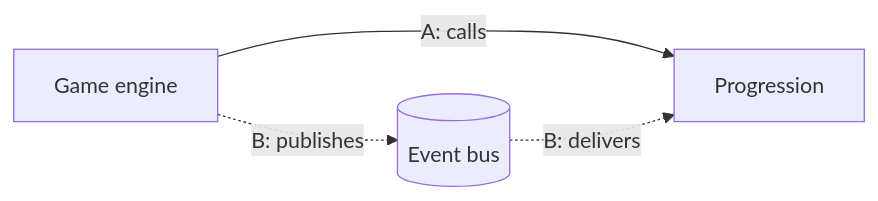
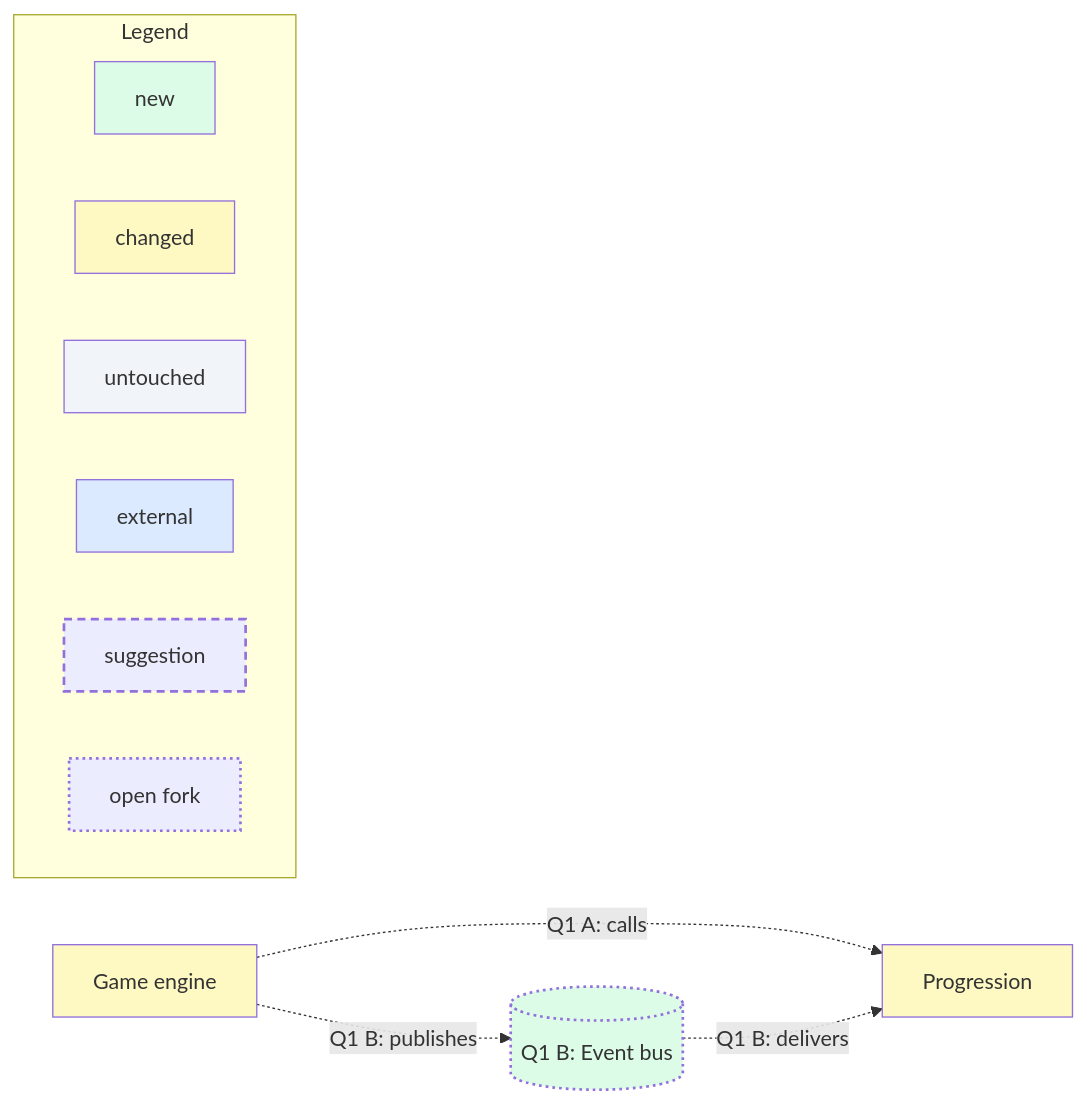
One commit to Silthus/agent-skills changed the diagram in skills/orchestration/architecture/SKILL.md. Above: the diagram before and after it, drawn with Mermaid. The commit also changed other lines of this file and 1 other file, not shown here.

Commit message:
feat(architecture): show each round in the thread and evolve one diagram per rung (#8)
* feat(architecture): show each round in the thread and evolve one diagram per rung

An architecture prototype parked with a link to its Markdown file, so the
human opened the file and never saw the round's questions. The park message
is now the round itself. Each rung keeps one diagram across its rounds, with
the agent's suggestions dashed and tagged with the question that decides them.

* fix(architecture): address review of the living diagram rules

Split class statements so Mermaid styles both marks, keep the change line
in the final reply, define the legend and fills once in the example, and
post later rounds to the ticket.

* fix(orchestration-wayfinder): separate the two prototype park loops

---------

````diff
--- a/skills/orchestration/architecture/SKILL.md
+++ b/skills/orchestration/architecture/SKILL.md
@@ -47,9 +58,27 @@
 ```mermaid
 flowchart LR
+  subgraph Legend
+    direction LR
+    LNew[new]:::new
+    LChanged[changed]:::changed
+    LUntouched[untouched]:::untouched
+    LExternal[external]:::external
+    LSuggested[suggestion]:::suggested
+    LFork[open fork]:::fork
+  end
   Engine[Game engine]
   Progression[Progression]
-  Bus[(Event bus)]
-  Engine -- "A: calls" --> Progression
-  Engine -. "B: publishes" .-> Bus
-  Bus -. "B: delivers" .-> Progression
+  Bus[("Q1 B: Event bus")]
+  Engine -. "Q1 A: calls" .-> Progression
+  Engine -. "Q1 B: publishes" .-> Bus
+  Bus -. "Q1 B: delivers" .-> Progression
+  classDef new fill:#dcfce7
+  classDef changed fill:#fef9c3
+  classDef untouched fill:#f1f5f9
+  classDef external fill:#dbeafe
+  classDef suggested stroke-dasharray:6 4,stroke-width:2px
+  classDef fork stroke-dasharray:2 3,stroke-width:2px
+  class Engine,Progression changed
+  class Bus new
+  class Bus fork
 ```
````
